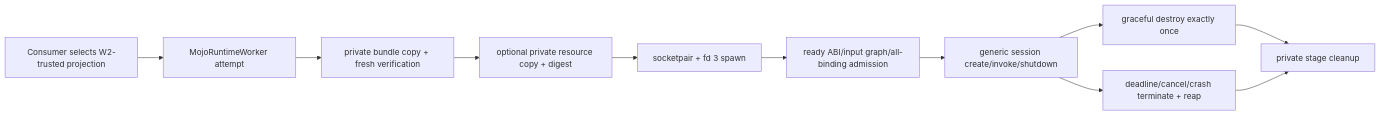
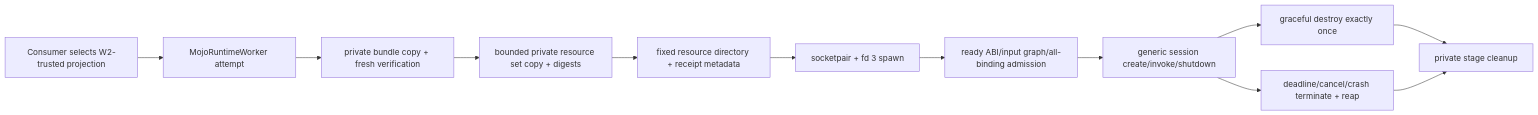
Before and after one commit to 1amageek/swift-mojo: the diagram in Sources/MojoRuntimeWorker/DESIGN.md, drawn with Mermaid. The commit also changed other lines of this file and 12 other files, not shown here.

````diff
--- a/Sources/MojoRuntimeWorker/DESIGN.md
+++ b/Sources/MojoRuntimeWorker/DESIGN.md
@@ -133,13 +170,14 @@
 ```mermaid
 flowchart LR
     Selection["Consumer selects W2-trusted projection"] --> Attempt["MojoRuntimeWorker attempt"]
     Attempt --> Stage["private bundle copy + fresh verification"]
-    Stage --> Resource["optional private resource copy + digest"]
-    Resource --> Spawn["socketpair + fd 3 spawn"]
+    Stage --> Resources["bounded private resource set copy + digests"]
+    Resources --> ResourceDirectory["fixed resource directory + receipt metadata"]
+    ResourceDirectory --> Spawn["socketpair + fd 3 spawn"]
     Spawn --> Ready["ready ABI/input graph/all-binding admission"]
     Ready --> Session["generic session create/invoke/shutdown"]
     Session --> Graceful["graceful destroy exactly once"]
     Session --> Hard["deadline/cancel/crash terminate + reap"]
     Graceful --> Cleanup["private stage cleanup"]
     Hard --> Cleanup
 ```
````
